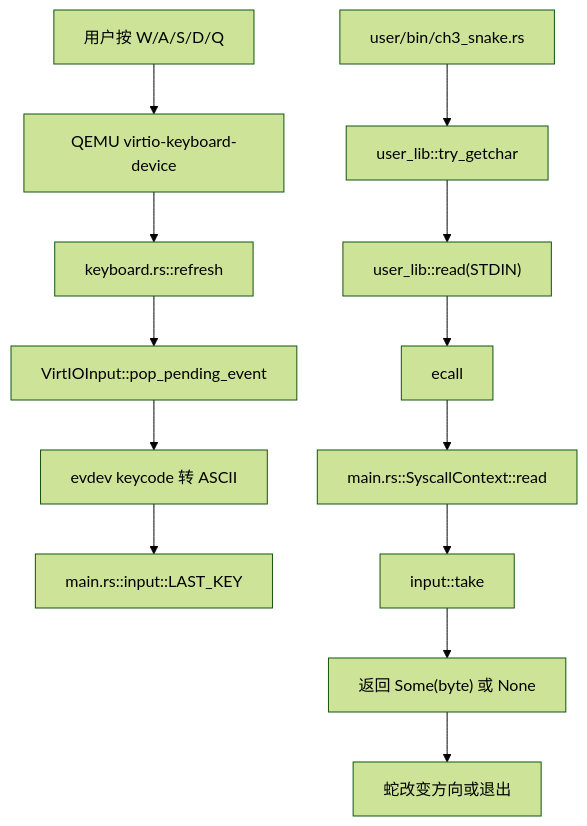
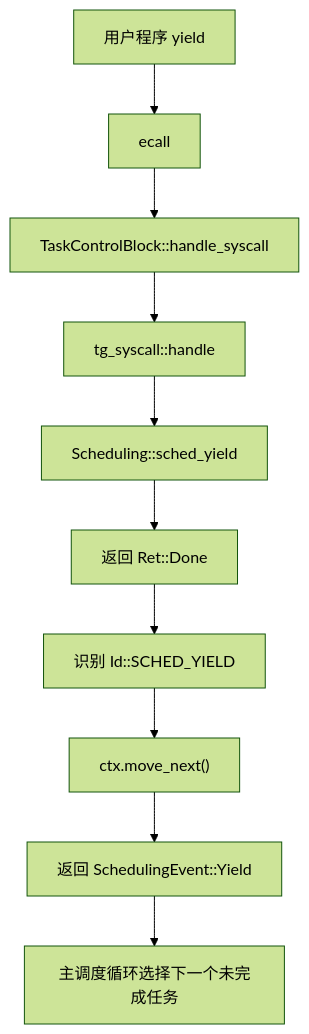
Before and after one commit to flyyansii/Tg-rCore-Tutorial-2026S: the fifth of 8 diagrams in doc/ch3/rCore-ch3-代码链与模块对应底稿.md, drawn with Mermaid (forest theme). The commit also changed other lines of this file and 7 other files, not shown here.

````diff
--- a/doc/ch3/rCore-ch3-代码链与模块对应底稿.md
+++ b/doc/ch3/rCore-ch3-代码链与模块对应底稿.md
@@ -134,15 +299,12 @@
 ```mermaid
 flowchart TD
-    A["用户按 W/A/S/D/Q"] --> B["QEMU virtio-keyboard-device"]
-    B --> C["keyboard.rs::refresh"]
-    C --> D["VirtIOInput::pop_pending_event"]
-    D --> E["evdev keycode 转 ASCII"]
-    E --> F["main.rs::input::LAST_KEY"]
-    G["user/bin/ch3_snake.rs"] --> H["user_lib::try_getchar"]
-    H --> I["user_lib::read(STDIN)"]
-    I --> J["ecall"]
-    J --> K["main.rs::SyscallContext::read"]
-    K --> L["input::take"]
-    L --> M["返回 Some(byte) 或 None"]
-    M --> N["蛇改变方向或退出"]
+    A["用户程序 yield"] --> B["ecall"]
+    B --> C["TaskControlBlock::handle_syscall"]
+    C --> D["tg_syscall::handle"]
+    D --> E["Scheduling::sched_yield"]
+    E --> F["返回 Ret::Done"]
+    F --> G["识别 Id::SCHED_YIELD"]
+    G --> H["ctx.move_next()"]
+    H --> I["返回 SchedulingEvent::Yield"]
+    I --> J["主调度循环选择下一个未完成任务"]
 ```
````
